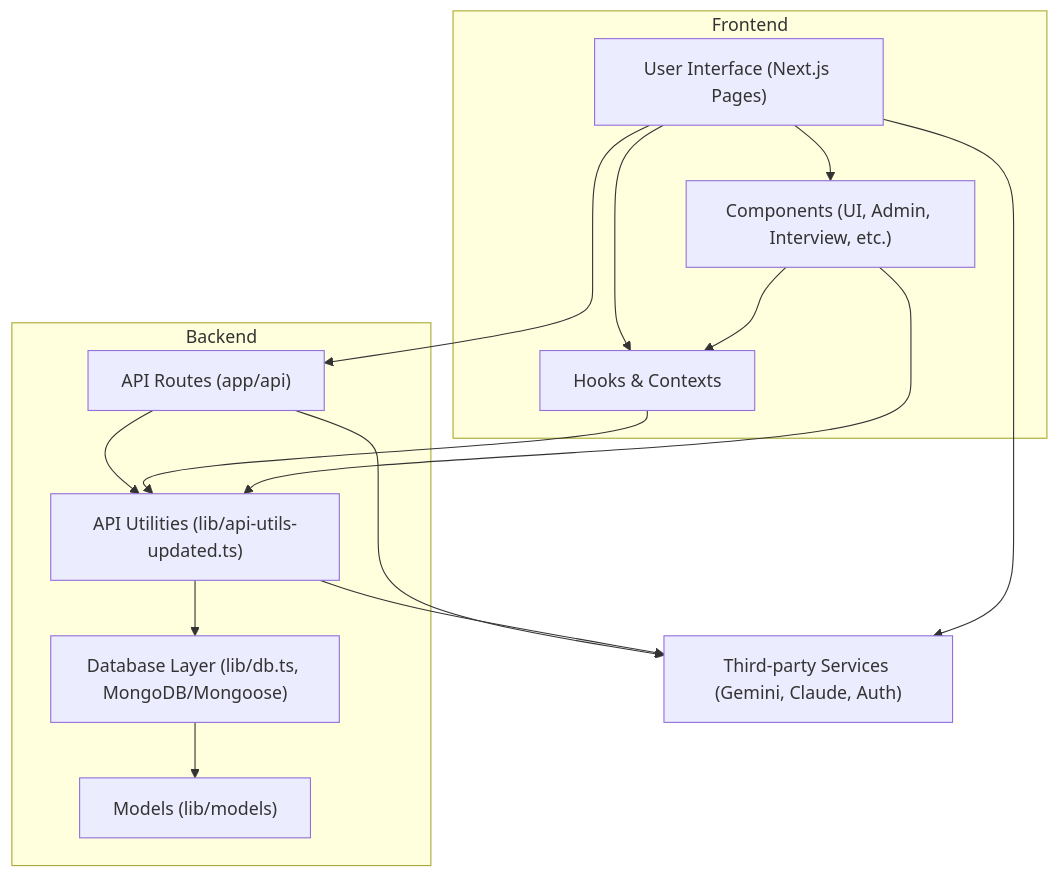
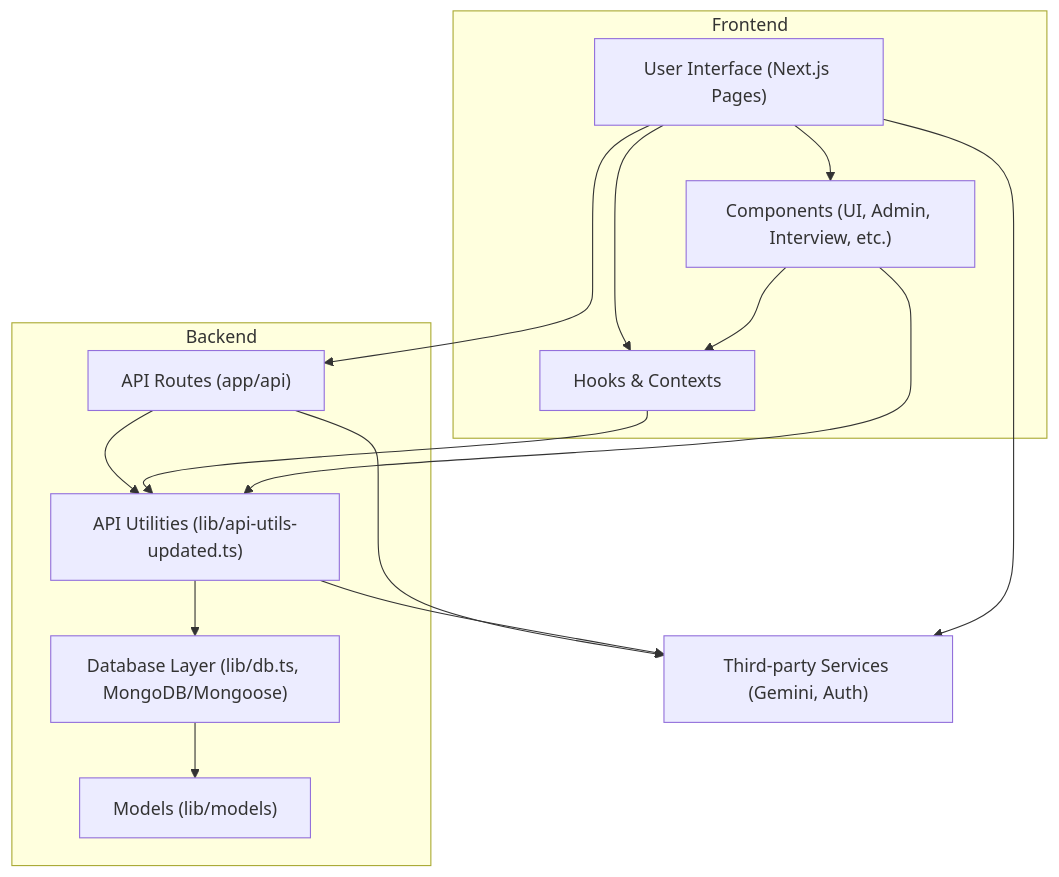
One commit to Abhishek-kumarsingh/Calo changed the diagram in README.md. Above: the diagram before and after it, drawn with Mermaid. The commit also changed other lines of this file and 9 other files, not shown here.

````diff
--- a/README.md
+++ b/README.md
@@ -13,37 +13,37 @@
 ```mermaid
 graph TD
   A["User Interface (Next.js Pages)"]
   B["API Routes (app/api)"]
   C["API Utilities (lib/api-utils-updated.ts)"]
   D["Database Layer (lib/db.ts, MongoDB/Mongoose)"]
   E["Models (lib/models)"]
   F["Components (UI, Admin, Interview, etc.)"]
   G["Hooks & Contexts"]
-  H["Third-party Services (Gemini, Claude, Auth)"]
+  H["Third-party Services (Gemini, Auth)"]
 
   A --> F
   A --> G
   A --> B
   F --> G
   B --> C
   C --> D
   D --> E
   B --> H
   C --> H
   G --> C
   F --> C
   A --> H
 
   subgraph "Frontend"
     A
     F
     G
   end
   subgraph "Backend"
     B
     C
     D
     E
   end
   H
 ```
````
